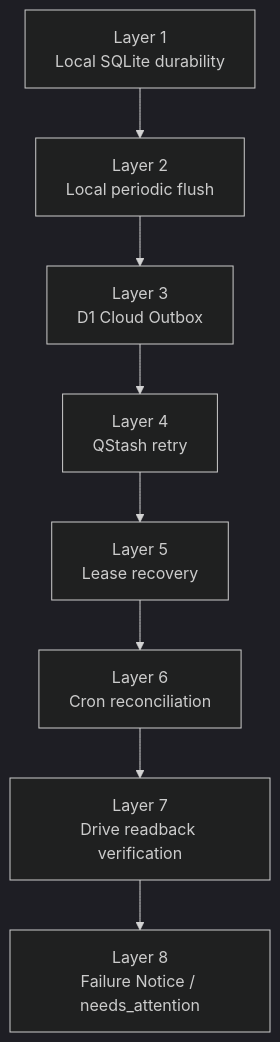
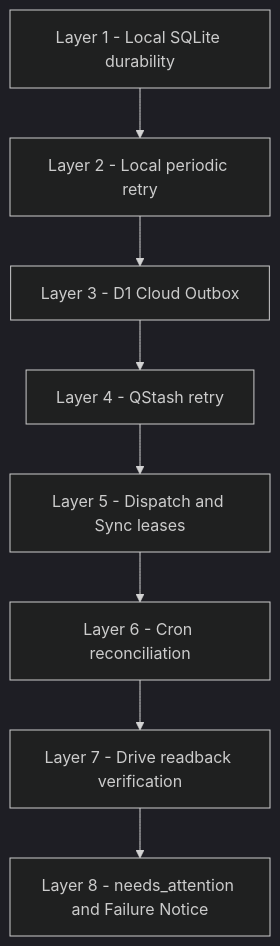
One commit to gitgotcha/my-chatgpt-mcp changed diagram 17 of 32 in README.md. Above: the diagram before and after it, drawn with Mermaid (dark theme). The commit also changed other lines of this file, not shown here.

````diff
--- a/README.md
+++ b/README.md
@@ -1772,27 +1721,20 @@
 ```mermaid
 flowchart TB
 
-    L1[Layer 1<br/>Local SQLite durability]
-
-    L2[Layer 2<br/>Local periodic flush]
-
-    L3[Layer 3<br/>D1 Cloud Outbox]
-
-    L4[Layer 4<br/>QStash retry]
-
-    L5[Layer 5<br/>Lease recovery]
-
-    L6[Layer 6<br/>Cron reconciliation]
-
-    L7[Layer 7<br/>Drive readback verification]
-
-    L8[Layer 8<br/>Failure Notice / needs_attention]
+    L1["Layer 1 - Local SQLite durability"]
+    L2["Layer 2 - Local periodic retry"]
+    L3["Layer 3 - D1 Cloud Outbox"]
+    L4["Layer 4 - QStash retry"]
+    L5["Layer 5 - Dispatch and Sync leases"]
+    L6["Layer 6 - Cron reconciliation"]
+    L7["Layer 7 - Drive readback verification"]
+    L8["Layer 8 - needs_attention and Failure Notice"]
 
     L1 --> L2
     L2 --> L3
     L3 --> L4
     L4 --> L5
     L5 --> L6
     L6 --> L7
     L7 --> L8
 ```
````
